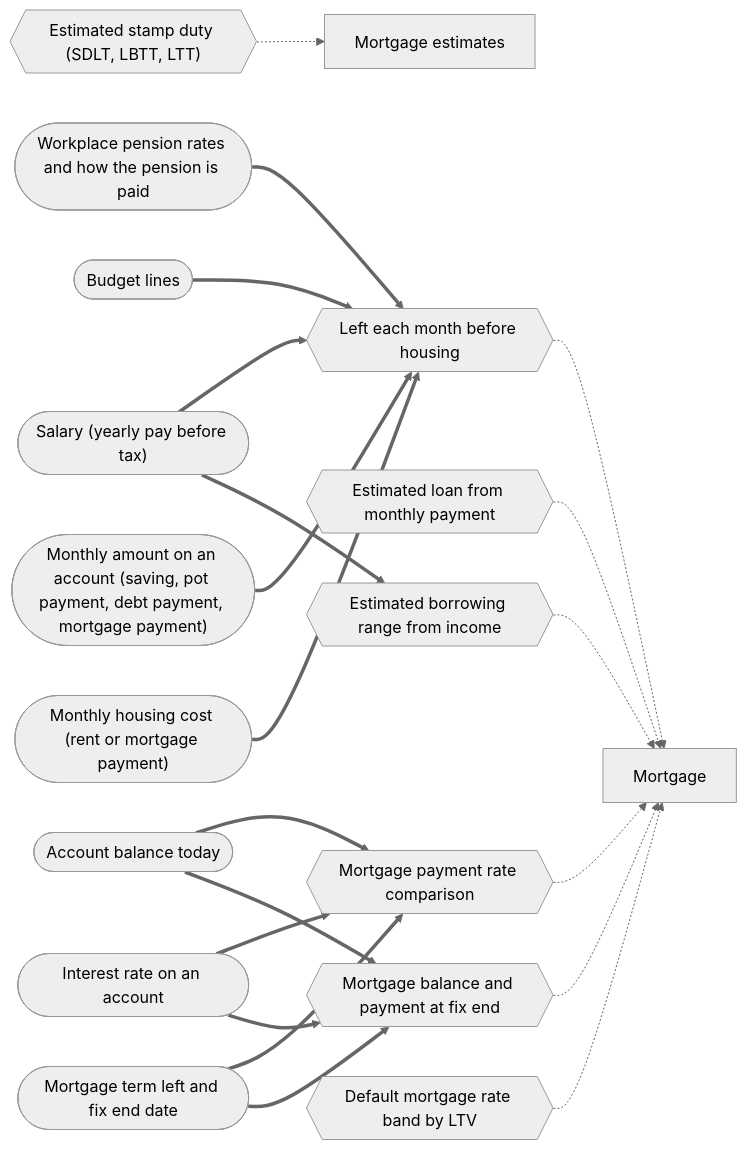
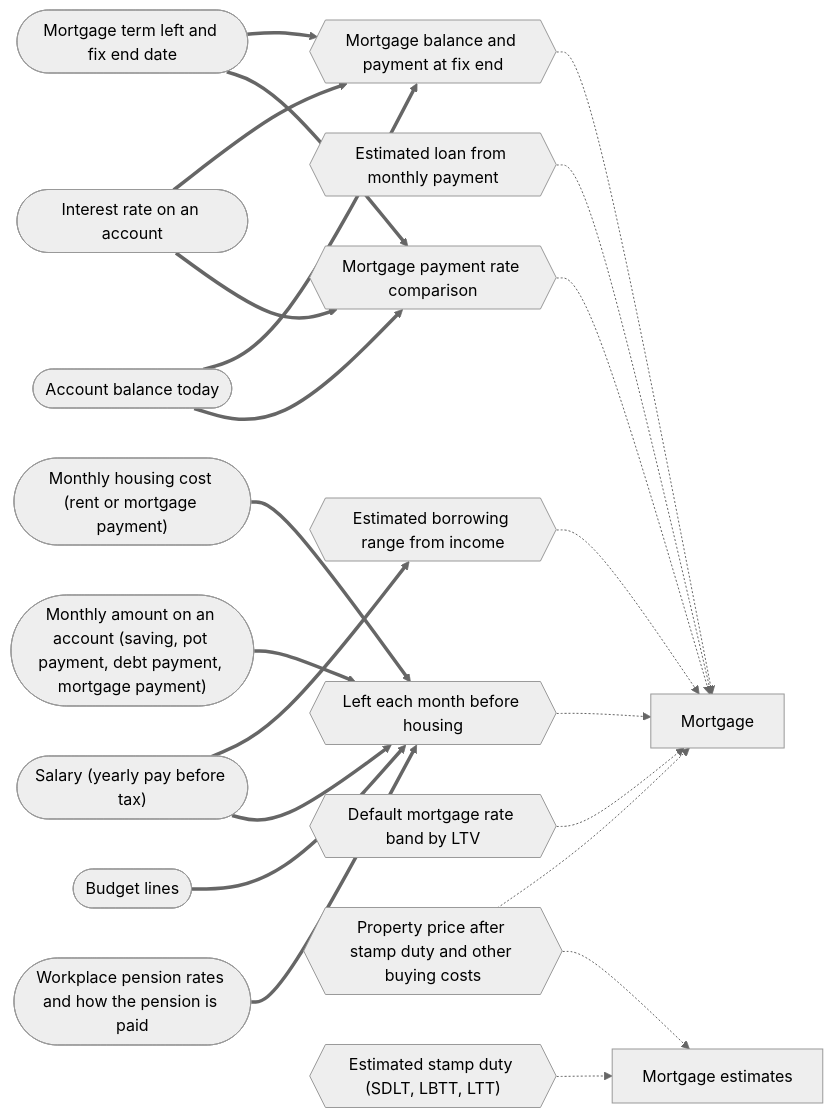
The eighth of 8 diagrams in docs/system/generated/connections.md (mgallagher56/flump), drawn with Mermaid (neutral theme) before and after one commit. The commit also changed 23 other files, not shown here.

First line of the commit message:
feat(mortgage): solve property price after stamp duty and buying costs (E39 S1c)

````diff
--- a/docs/system/generated/connections.md
+++ b/docs/system/generated/connections.md
@@ -598,39 +598,42 @@
 ```mermaid
 flowchart LR
   s_mortgage["Mortgage"]
   s_mortgage_estimates["Mortgage estimates"]
   g_housing_room{{"Left each month before housing"}}
   f_salary(["Salary (yearly pay before tax)"])
   f_salary ==> g_housing_room
   f_pension_rates(["Workplace pension rates and how the pension is paid"])
   f_pension_rates ==> g_housing_room
   f_budget_entries(["Budget lines"])
   f_budget_entries ==> g_housing_room
   f_account_monthly_amount(["Monthly amount on an account (saving, pot payment, debt payment, mortgage payment)"])
   f_account_monthly_amount ==> g_housing_room
   f_housing_cost(["Monthly housing cost (rent or mortgage payment)"])
   f_housing_cost ==> g_housing_room
   g_housing_room -.-> s_mortgage
   g_mortgage_budget_loan_estimate{{"Estimated loan from monthly payment"}}
   g_mortgage_budget_loan_estimate -.-> s_mortgage
   g_mortgage_income_multiple_range{{"Estimated borrowing range from income"}}
   f_salary ==> g_mortgage_income_multiple_range
   g_mortgage_income_multiple_range -.-> s_mortgage
   g_mortgage_rate_comparison{{"Mortgage payment rate comparison"}}
   f_account_balance(["Account balance today"])
   f_account_balance ==> g_mortgage_rate_comparison
   f_account_rate(["Interest rate on an account"])
   f_account_rate ==> g_mortgage_rate_comparison
   f_mortgage_term_and_fix_end(["Mortgage term left and fix end date"])
   f_mortgage_term_and_fix_end ==> g_mortgage_rate_comparison
   g_mortgage_rate_comparison -.-> s_mortgage
   g_mortgage_fix_end_estimate{{"Mortgage balance and payment at fix end"}}
   f_account_balance ==> g_mortgage_fix_end_estimate
   f_account_rate ==> g_mortgage_fix_end_estimate
   f_mortgage_term_and_fix_end ==> g_mortgage_fix_end_estimate
   g_mortgage_fix_end_estimate -.-> s_mortgage
   g_mortgage_ltv_rate_band{{"Default mortgage rate band by LTV"}}
   g_mortgage_ltv_rate_band -.-> s_mortgage
+  g_property_price_after_buying_costs{{"Property price after stamp duty and other buying costs"}}
+  g_property_price_after_buying_costs -.-> s_mortgage_estimates
+  g_property_price_after_buying_costs -.-> s_mortgage
   g_property_transaction_tax{{"Estimated stamp duty (SDLT, LBTT, LTT)"}}
   g_property_transaction_tax -.-> s_mortgage_estimates
 ```
````
